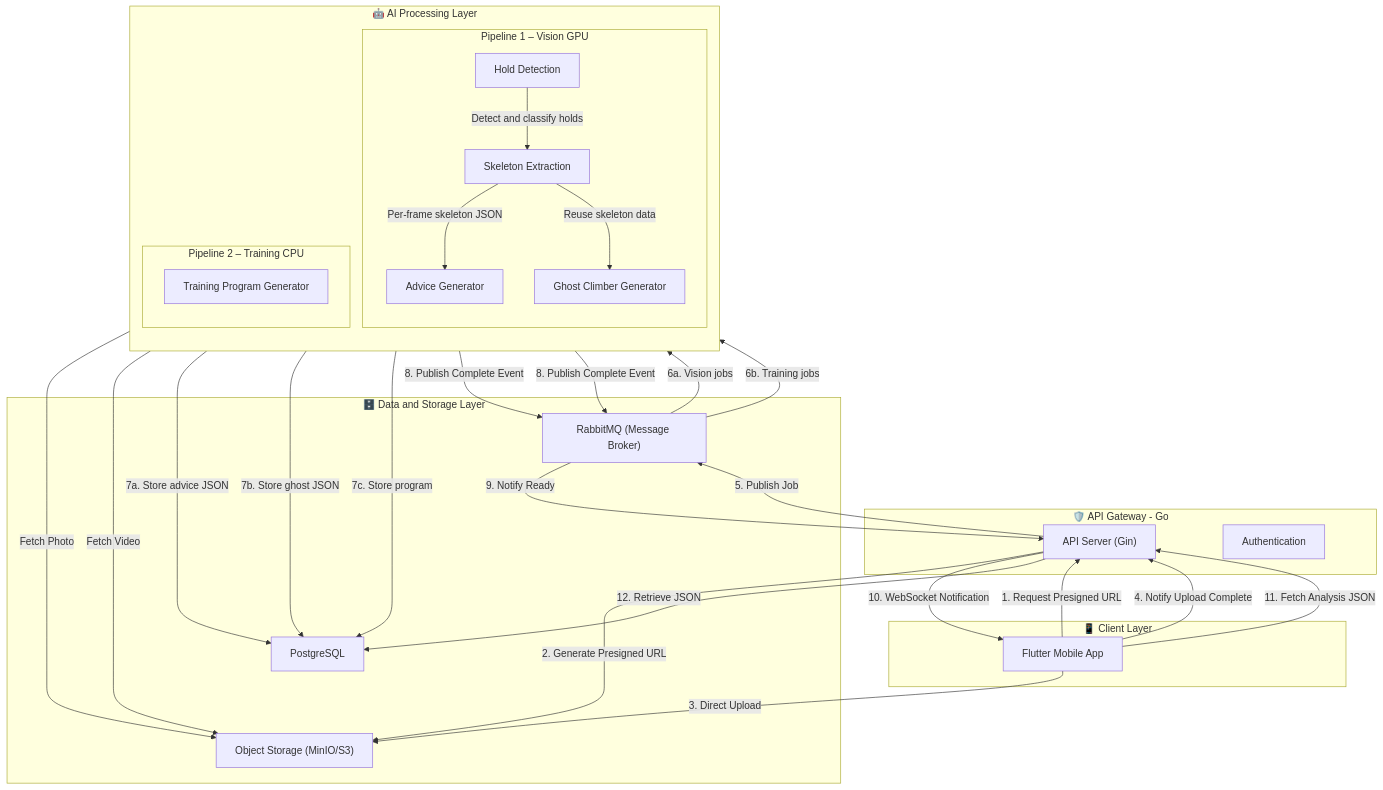
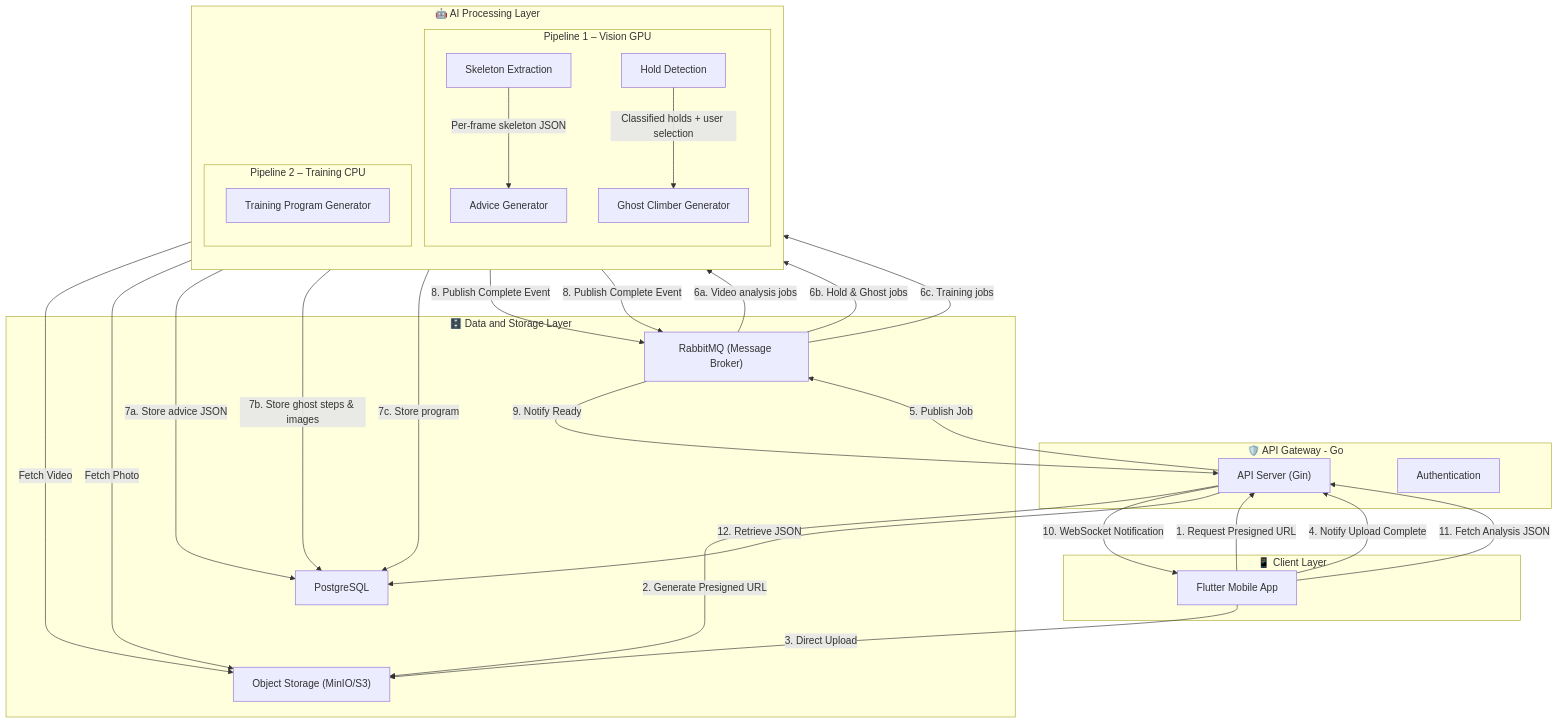
One commit to Ascension-EIP/Ascension changed the diagram in docs/Ascension/developer/architecture/globale-architecture.md. Above: the diagram before and after it, drawn with Mermaid. The commit also changed other lines of this file and 20 other files, not shown here.

First line of the commit message:
chore(docs): update ghost mode definition and roadmap

````diff
--- a/docs/Ascension/developer/architecture/globale-architecture.md
+++ b/docs/Ascension/developer/architecture/globale-architecture.md
@@ -72,58 +72,58 @@
 ```mermaid
 graph TD
     subgraph Client ["📱 Client Layer"]
         MobileApp["Flutter Mobile App"]
     end
 
     subgraph API ["🛡️ API Gateway - Go"]
         APIServer["API Server (Gin)"]
         AuthService["Authentication"]
     end
 
     subgraph Storage ["🗄️ Data and Storage Layer"]
         ObjectStorage["Object Storage (MinIO/S3)"]
         Database["PostgreSQL"]
         MessageQueue["RabbitMQ (Message Broker)"]
     end
 
     subgraph AI ["🤖 AI Processing Layer"]
         direction TB
         subgraph Vision ["Pipeline 1 – Vision GPU"]
             HoldDetection["Hold Detection"]
             SkeletonExtraction["Skeleton Extraction"]
             AdviceGenerator["Advice Generator"]
             GhostGenerator["Ghost Climber Generator"]
         end
         subgraph Training ["Pipeline 2 – Training CPU"]
             ProgramGenerator["Training Program Generator"]
         end
     end
 
     MobileApp -->|"1. Request Presigned URL"| APIServer
     APIServer -->|"2. Generate Presigned URL"| ObjectStorage
     MobileApp -->|"3. Direct Upload"| ObjectStorage
     MobileApp -->|"4. Notify Upload Complete"| APIServer
 
     APIServer -->|"5. Publish Job"| MessageQueue
-    MessageQueue -->|"6a. Vision jobs"| HoldDetection
-    MessageQueue -->|"6b. Training jobs"| ProgramGenerator
+    MessageQueue -->|"6a. Video analysis jobs"| SkeletonExtraction
+    MessageQueue -->|"6b. Hold & Ghost jobs"| HoldDetection
+    MessageQueue -->|"6c. Training jobs"| ProgramGenerator
 
-    HoldDetection -->|"Detect and classify holds"| SkeletonExtraction
+    SkeletonExtraction -->|"Fetch Video"| ObjectStorage
     SkeletonExtraction -->|"Per-frame skeleton JSON"| AdviceGenerator
-    SkeletonExtraction -->|"Reuse skeleton data"| GhostGenerator
 
     HoldDetection -->|"Fetch Photo"| ObjectStorage
-    SkeletonExtraction -->|"Fetch Video"| ObjectStorage
+    HoldDetection -->|"Classified holds + user selection"| GhostGenerator
 
     AdviceGenerator -->|"7a. Store advice JSON"| Database
-    GhostGenerator -->|"7b. Store ghost JSON"| Database
+    GhostGenerator -->|"7b. Store ghost steps & images"| Database
     ProgramGenerator -->|"7c. Store program"| Database
     AdviceGenerator -->|"8. Publish Complete Event"| MessageQueue
     GhostGenerator -->|"8. Publish Complete Event"| MessageQueue
 
     MessageQueue -->|"9. Notify Ready"| APIServer
     APIServer -->|"10. WebSocket Notification"| MobileApp
     MobileApp -->|"11. Fetch Analysis JSON"| APIServer
     APIServer -->|"12. Retrieve JSON"| Database
 
 ```
````
